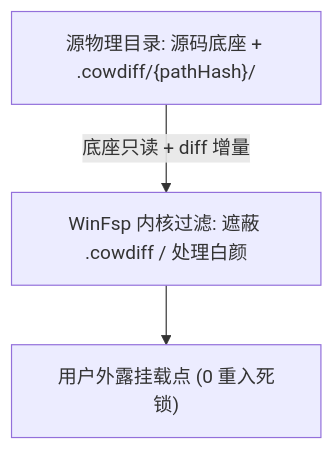
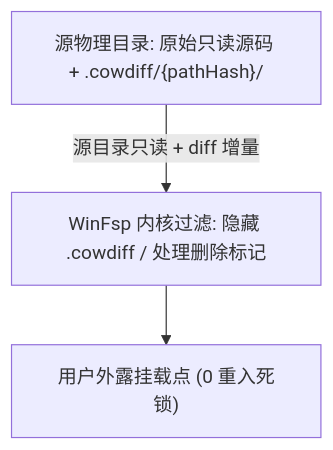
Before and after one commit to 007slm/a8-devtools: the diagram in docs/records/20261022-SPEC-存储引擎-自完整差异存储与虚拟化架构.md, drawn with Mermaid. The commit also changed other lines of this file and 26 other files, not shown here.

````diff
--- a/docs/records/20261022-SPEC-存储引擎-自完整差异存储与虚拟化架构.md
+++ b/docs/records/20261022-SPEC-存储引擎-自完整差异存储与虚拟化架构.md
@@ -30,5 +30,5 @@
 ```mermaid
 flowchart TD
-    Source["源物理目录: 源码底座 + .cowdiff/{pathHash}/"] -->|"底座只读 + diff 增量"| Filter["WinFsp 内核过滤: 遮蔽 .cowdiff / 处理白颜"]
+    Source["源物理目录: 原始只读源码 + .cowdiff/{pathHash}/"] -->|"源目录只读 + diff 增量"| Filter["WinFsp 内核过滤: 隐藏 .cowdiff / 处理删除标记"]
     Filter --> Mount["用户外露挂载点 (0 重入死锁)"]
 ```
````
